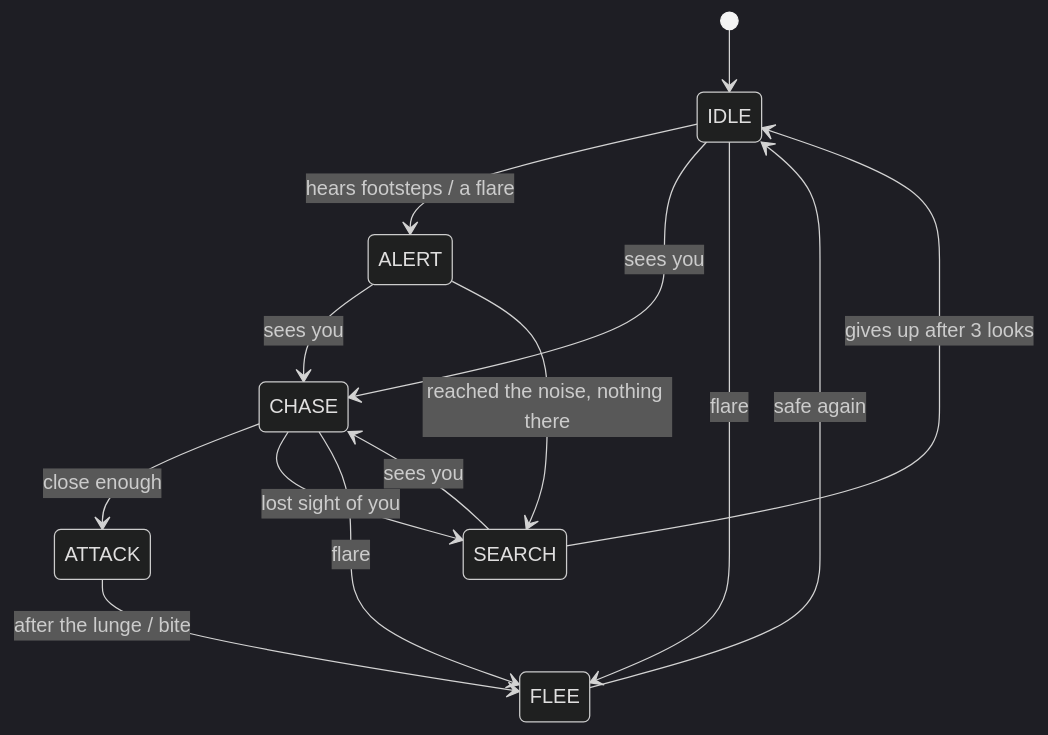
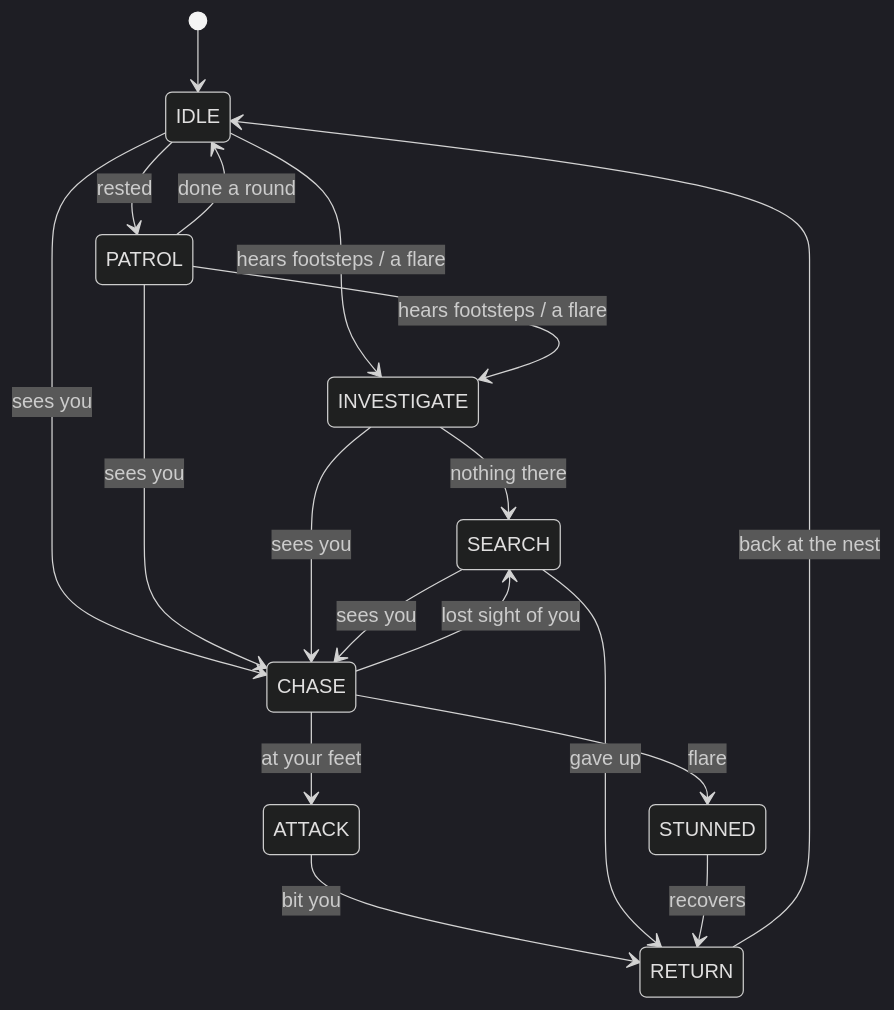
One commit to nishik2811-cell/THE-CRIMSON-SLEEP changed the first of 2 diagrams in README.md. Above: the diagram before and after it, drawn with Mermaid (dark theme). The commit also changed other lines of this file and 39 other files, not shown here.

````diff
--- a/README.md
+++ b/README.md
@@ -127,16 +129,20 @@
 ```mermaid
 stateDiagram-v2
     [*] --> IDLE
-    IDLE --> ALERT : hears footsteps / a flare
+    IDLE --> PATROL : rested
+    PATROL --> IDLE : done a round
+    IDLE --> INVESTIGATE : hears footsteps / a flare
+    PATROL --> INVESTIGATE : hears footsteps / a flare
+    INVESTIGATE --> SEARCH : nothing there
     IDLE --> CHASE : sees you
-    ALERT --> CHASE : sees you
-    ALERT --> SEARCH : reached the noise, nothing there
-    CHASE --> ATTACK : close enough
+    PATROL --> CHASE : sees you
+    INVESTIGATE --> CHASE : sees you
+    SEARCH --> CHASE : sees you
     CHASE --> SEARCH : lost sight of you
-    ATTACK --> FLEE : after the lunge / bite
-    SEARCH --> CHASE : sees you
-    SEARCH --> IDLE : gives up after 3 looks
-    FLEE --> IDLE : safe again
-    IDLE --> FLEE : flare
-    CHASE --> FLEE : flare
+    CHASE --> ATTACK : at your feet
+    ATTACK --> RETURN : bit you
+    SEARCH --> RETURN : gave up
+    CHASE --> STUNNED : flare
+    STUNNED --> RETURN : recovers
+    RETURN --> IDLE : back at the nest
 ```
````
